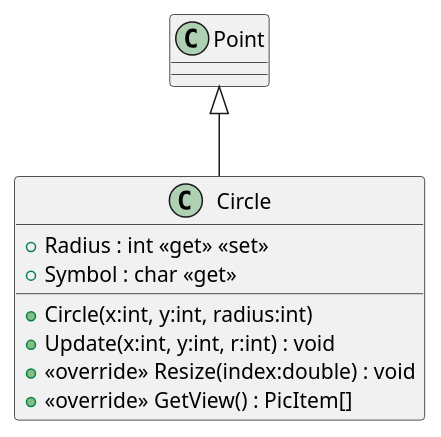
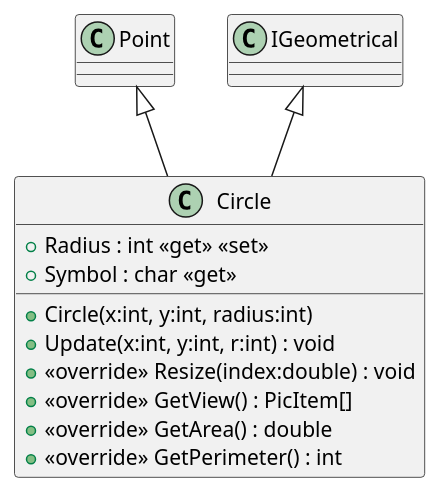
One commit to 19vano97/levelUpOOP changed the diagram in plantuml/20240701_HW_Inheritence/Circle.puml. Above: the diagram before and after it, drawn with PlantUML. The commit also changed 30 other files, not shown here.

Commit message:
fix galaga to fraw a class diagram

```diff
--- a/plantuml/20240701_HW_Inheritence/Circle.puml
+++ b/plantuml/20240701_HW_Inheritence/Circle.puml
@@ -1,11 +1,14 @@
 @startuml
 class Circle {
     + Circle(x:int, y:int, radius:int)
     + Radius : int <<get>> <<set>>
     + Symbol : char <<get>>
     + Update(x:int, y:int, r:int) : void
     + <<override>> Resize(index:double) : void
     + <<override>> GetView() : PicItem[]
+    + <<override>> GetArea() : double
+    + <<override>> GetPerimeter() : int
 }
 Point <|-- Circle
+IGeometrical <|-- Circle
 @enduml
```
